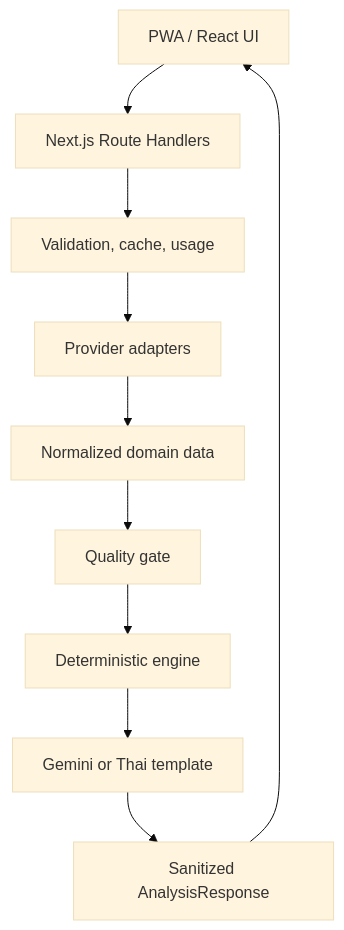
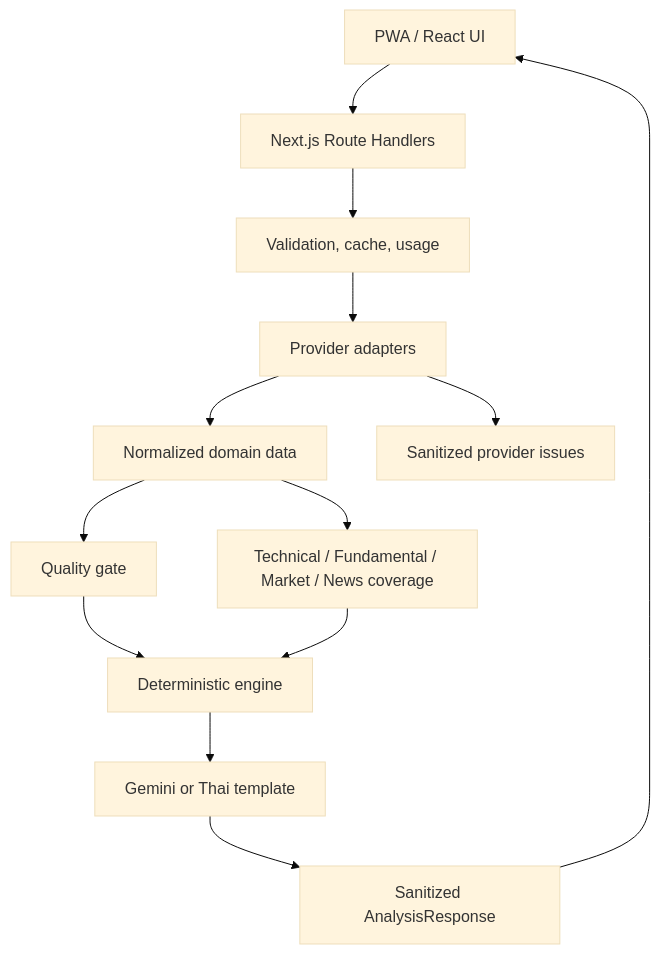
The diagram in ARCHITECTURE.md (netiphong869/MarketLens), drawn with Mermaid (base theme) before and after one commit. The commit also changed other lines of this file and 31 other files, not shown here.

````diff
--- a/ARCHITECTURE.md
+++ b/ARCHITECTURE.md
@@ -3,12 +3,15 @@
 ```mermaid
 flowchart TD
   PWA["PWA / React UI"] --> ROUTE["Next.js Route Handlers"]
   ROUTE --> GUARD["Validation, cache, usage"]
   GUARD --> ADAPTERS["Provider adapters"]
   ADAPTERS --> NORMAL["Normalized domain data"]
+  ADAPTERS --> ISSUES["Sanitized provider issues"]
   NORMAL --> Q["Quality gate"]
+  NORMAL --> COVERAGE["Technical / Fundamental / Market / News coverage"]
   Q --> ENGINE["Deterministic engine"]
+  COVERAGE --> ENGINE
   ENGINE --> TEXT["Gemini or Thai template"]
   TEXT --> SAFE["Sanitized AnalysisResponse"]
   SAFE --> PWA
 ```
````
